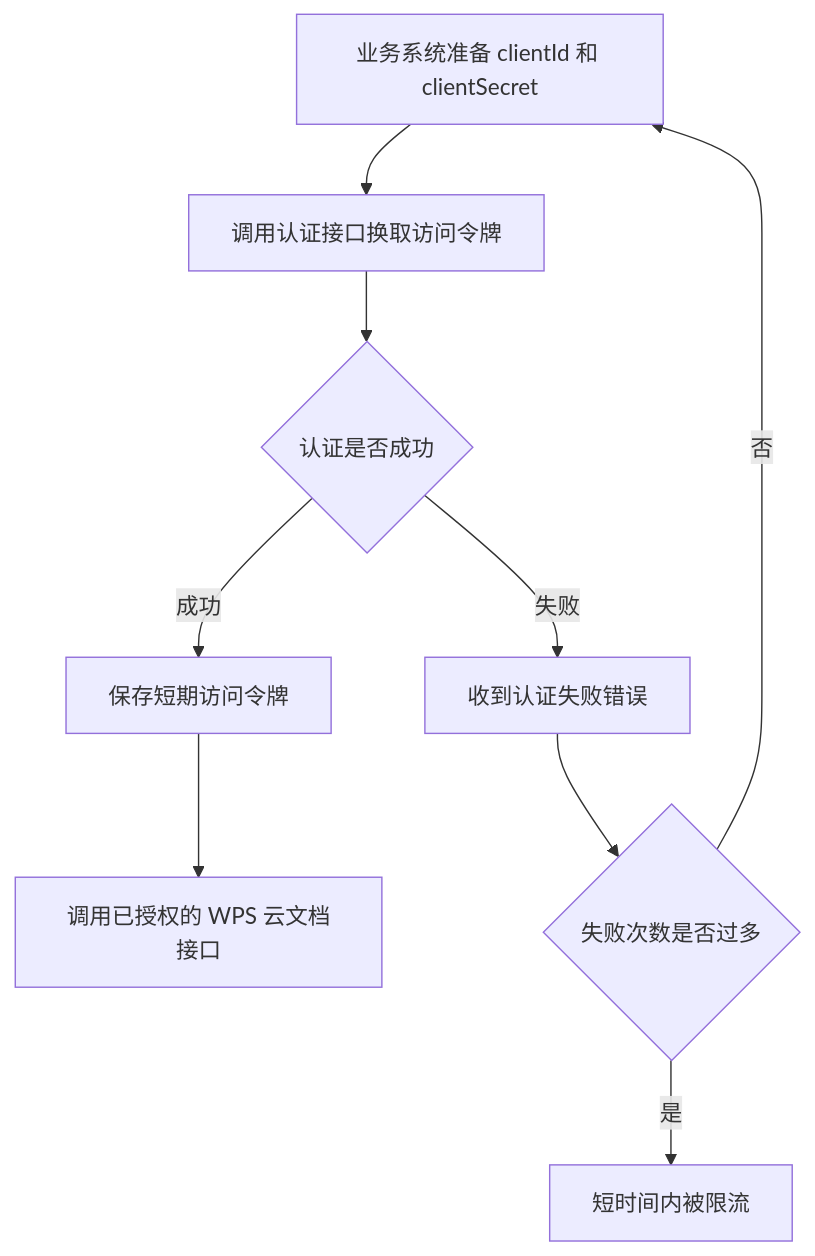
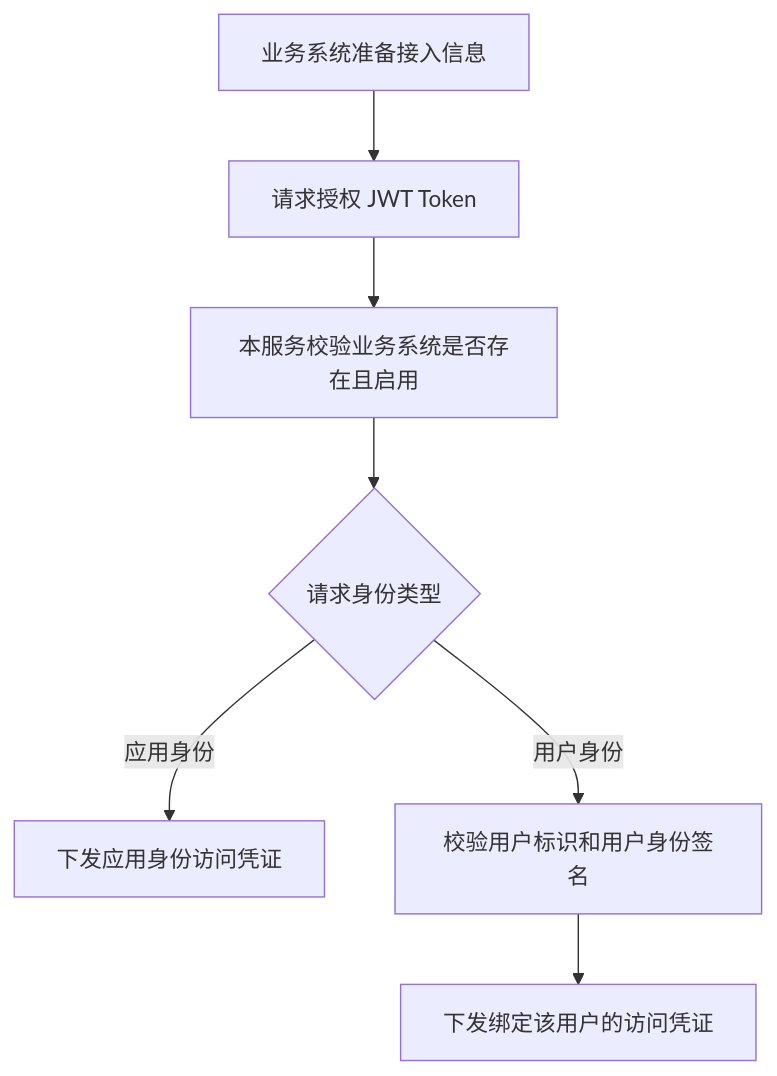
The second of 4 diagrams in docs/features/wps-yundoc-interface-mvp-feature.zh-CN.md (a1351995160/yungateway-minimal-token-wps), drawn with Mermaid before and after one commit. The commit also changed other lines of this file and 151 other files, not shown here.

````diff
--- a/docs/features/wps-yundoc-interface-mvp-feature.zh-CN.md
+++ b/docs/features/wps-yundoc-interface-mvp-feature.zh-CN.md
@@ -84,11 +64,9 @@
 ```mermaid
 flowchart TD
-    A["业务系统准备 clientId 和 clientSecret"] --> B["调用认证接口换取访问令牌"]
-    B --> C{认证是否成功}
-    C -->|成功| D["保存短期访问令牌"]
-    C -->|失败| E["收到认证失败错误"]
-    E --> F{失败次数是否过多}
-    F -->|是| G["短时间内被限流"]
-    F -->|否| A
-    D --> H["调用已授权的 WPS 云文档接口"]
+    A["业务系统准备接入信息"] --> B["请求授权 JWT Token"]
+    B --> C["本服务校验业务系统是否存在且启用"]
+    C --> D{"请求身份类型"}
+    D -->|应用身份| E["下发应用身份访问凭证"]
+    D -->|用户身份| F["校验用户标识和用户身份签名"]
+    F --> G["下发绑定该用户的访问凭证"]
 ```
````
